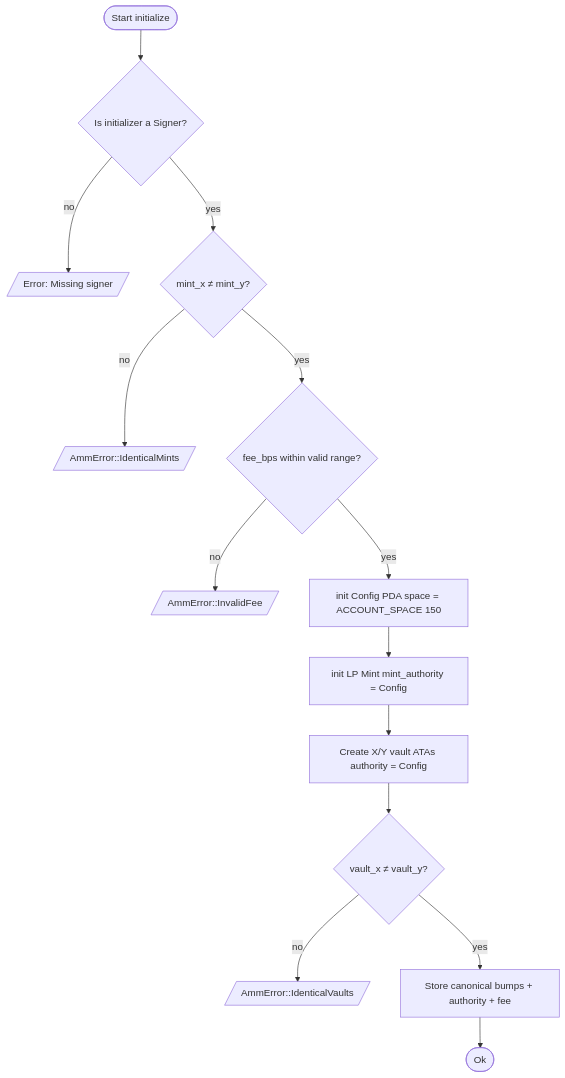
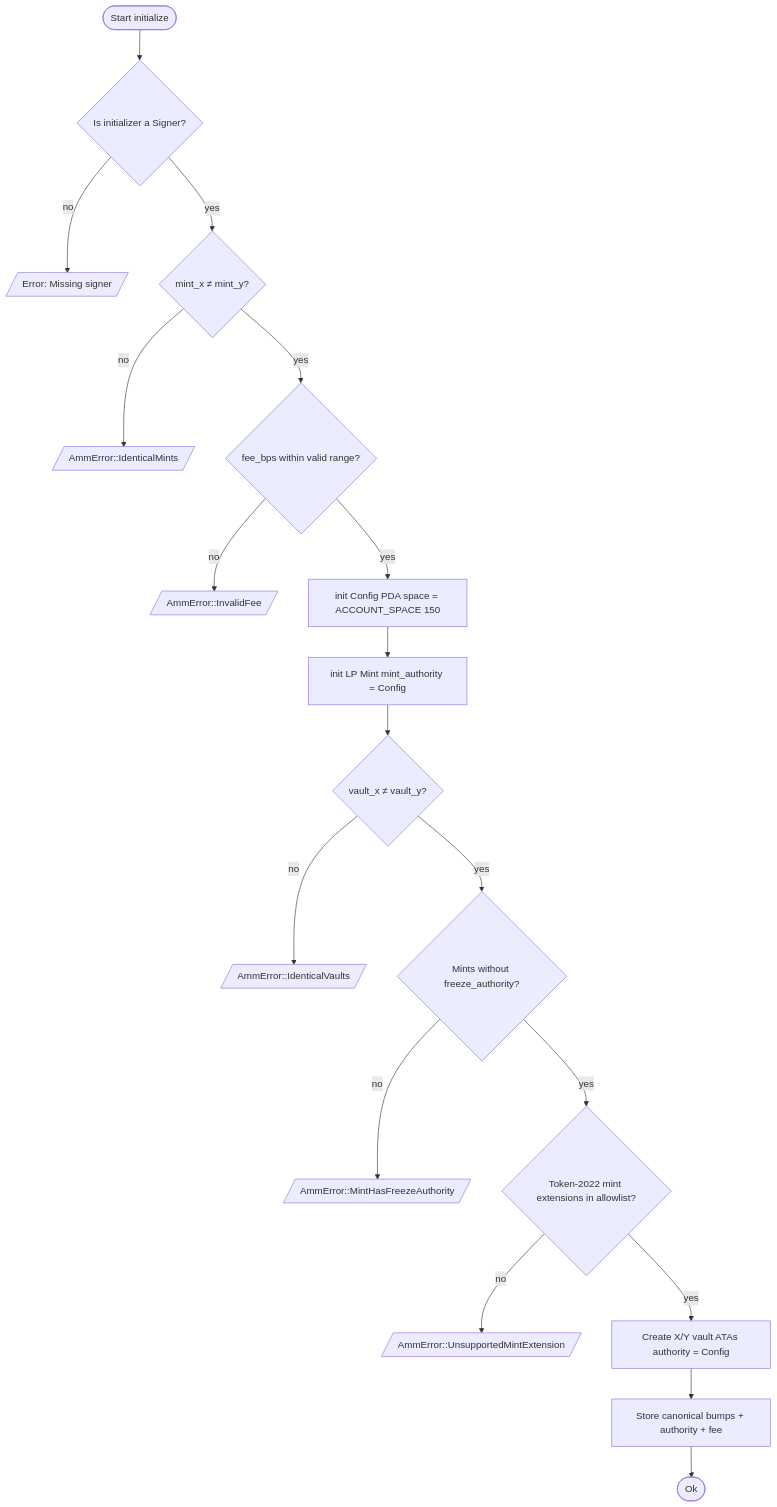
Before and after one commit to rastrahm/solana-amm-anchor: the first of 6 diagrams in doc/flujograma-EN.md, drawn with Mermaid. The commit also changed other lines of this file and 29 other files, not shown here.

````diff
--- a/doc/flujograma-EN.md
+++ b/doc/flujograma-EN.md
@@ -11,16 +11,20 @@
 ```mermaid
 flowchart TD
     A([Start initialize]) --> B{Is initializer a Signer?}
     B -->|no| E1[/Error: Missing signer/]
     B -->|yes| C{mint_x ≠ mint_y?}
     C -->|no| E2[/AmmError::IdenticalMints/]
     C -->|yes| D{fee_bps within valid range?}
     D -->|no| E3[/AmmError::InvalidFee/]
     D -->|yes| F[init Config PDA space = ACCOUNT_SPACE 150]
     F --> G[init LP Mint mint_authority = Config]
-    G --> H[Create X/Y vault ATAs authority = Config]
-    H --> I{vault_x ≠ vault_y?}
+    G --> I{vault_x ≠ vault_y?}
     I -->|no| E4[/AmmError::IdenticalVaults/]
-    I -->|yes| J[Store canonical bumps + authority + fee]
+    I -->|yes| FZ{Mints without freeze_authority?}
+    FZ -->|no| E6[/AmmError::MintHasFreezeAuthority/]
+    FZ -->|yes| X{Token-2022 mint extensions in allowlist?}
+    X -->|no| E5[/AmmError::UnsupportedMintExtension/]
+    X -->|yes| H[Create X/Y vault ATAs authority = Config]
+    H --> J[Store canonical bumps + authority + fee]
     J --> K([Ok])
 ```
````
